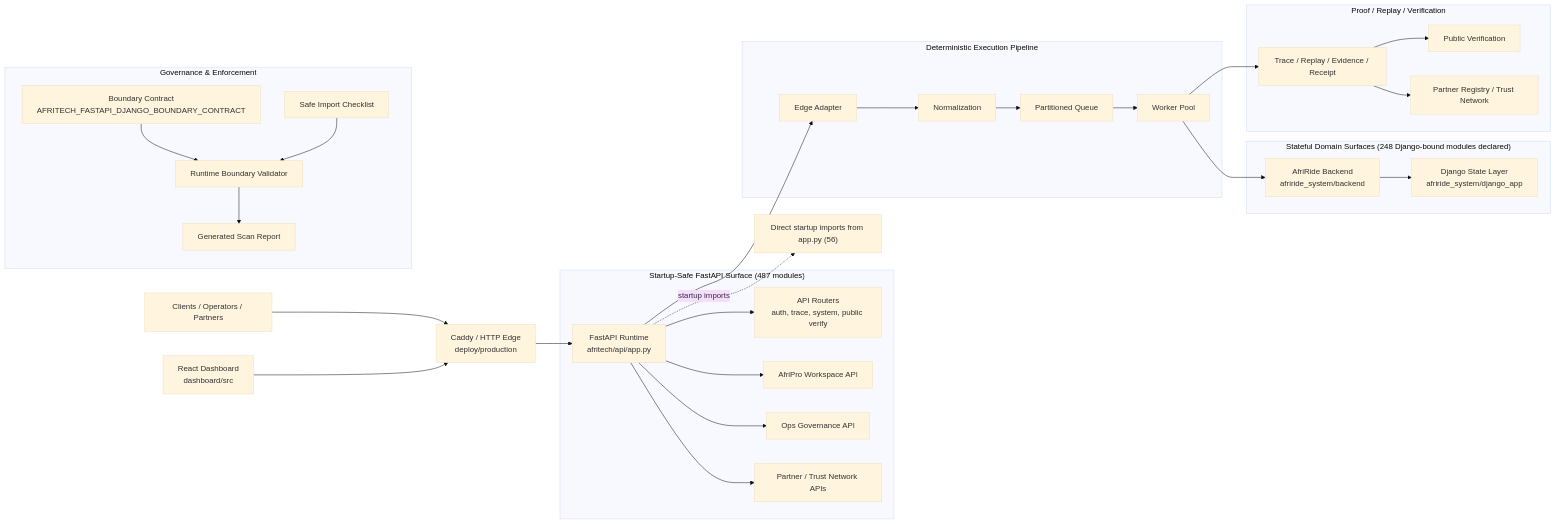
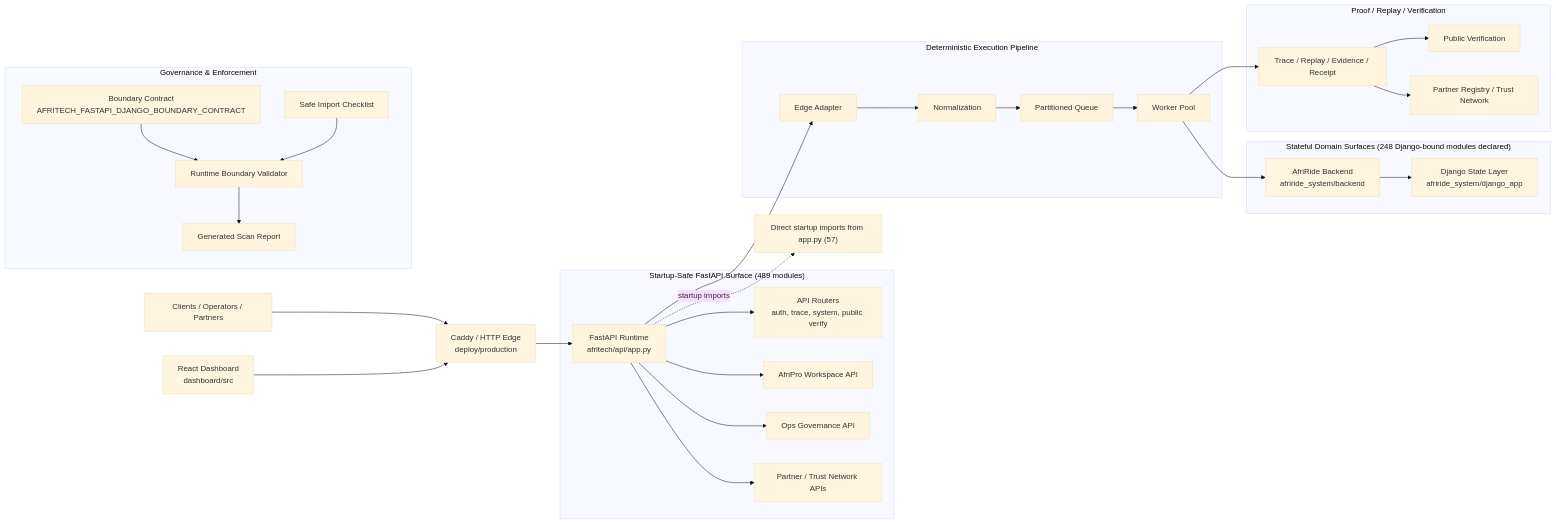
The first of 2 diagrams in docs/architecture/AFRITECH_FULL_ARCHITECTURE_GRAPH.md (Strelly2023/afritelematics), drawn with Mermaid (base theme) before and after one commit. The commit also changed other lines of this file and 15 other files, not shown here.

````diff
--- a/docs/architecture/AFRITECH_FULL_ARCHITECTURE_GRAPH.md
+++ b/docs/architecture/AFRITECH_FULL_ARCHITECTURE_GRAPH.md
@@ -22,39 +22,39 @@
 ```mermaid
 flowchart LR
     Client["Clients / Operators / Partners"] --> Edge["Caddy / HTTP Edge\ndeploy/production"]
     Dashboard["React Dashboard\ndashboard/src"] --> Edge
     Edge --> App["FastAPI Runtime\nafritech/api/app.py"]
 
-    subgraph FastAPI["Startup-Safe FastAPI Surface (487 modules)"]
+    subgraph FastAPI["Startup-Safe FastAPI Surface (489 modules)"]
         App --> Api["API Routers\nauth, trace, system, public verify"]
         App --> Workspace["AfriPro Workspace API"]
         App --> Governance["Ops Governance API"]
         App --> Trust["Partner / Trust Network APIs"]
     end
 
     subgraph Pipeline["Deterministic Execution Pipeline"]
         App --> Adapt["Edge Adapter"]
         Adapt --> Normalize["Normalization"]
         Normalize --> Queue["Partitioned Queue"]
         Queue --> Worker["Worker Pool"]
     end
 
     subgraph State["Stateful Domain Surfaces (248 Django-bound modules declared)"]
         Worker --> Domain["AfriRide Backend\nafriride_system/backend"]
         Domain --> Django["Django State Layer\nafriride_system/django_app"]
     end
 
     subgraph Proof["Proof / Replay / Verification"]
         Worker --> Trace["Trace / Replay / Evidence / Receipt"]
         Trace --> Public["Public Verification"]
         Trace --> Registry["Partner Registry / Trust Network"]
     end
 
     subgraph GovernancePlane["Governance & Enforcement"]
         Contract["Boundary Contract\nAFRITECH_FASTAPI_DJANGO_BOUNDARY_CONTRACT"] --> Validator["Runtime Boundary Validator"]
         Checklist["Safe Import Checklist"] --> Validator
         Validator --> Review["Generated Scan Report"]
     end
 
-    App -. startup imports .-> Imports["Direct startup imports from app.py (56)"]
+    App -. startup imports .-> Imports["Direct startup imports from app.py (57)"]
 ```
````
